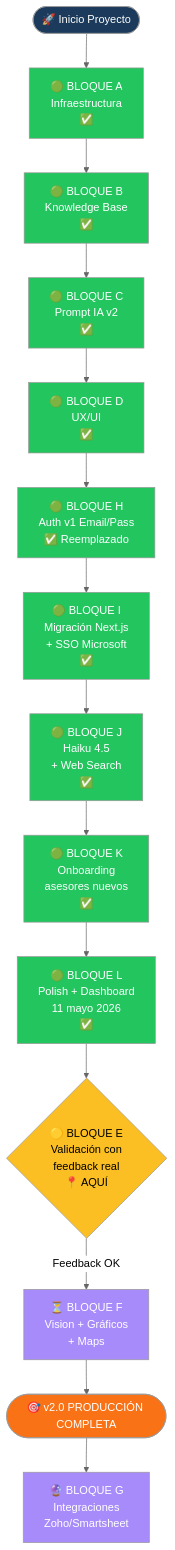
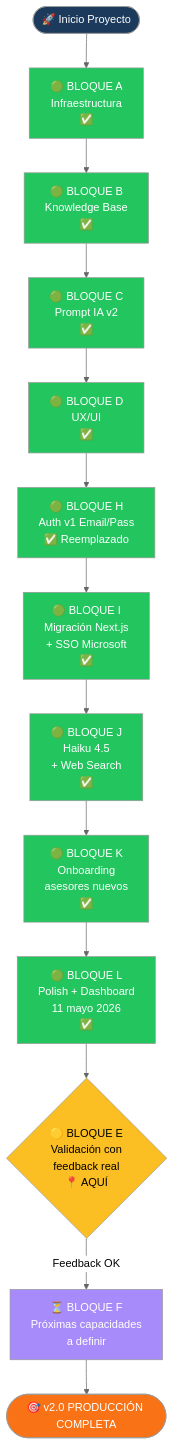
One commit to JnSbstnRivera/WINDMAR-AI-AGENT changed the second of 10 diagrams in ROADMAP.md. Above: the diagram before and after it, drawn with Mermaid (neutral theme). The commit also changed other lines of this file, not shown here.

First line of the commit message:
docs: ROADMAP v4 — cierre del 11 mayo + capacidades futuras en blanco

````diff
--- a/ROADMAP.md
+++ b/ROADMAP.md
@@ -72,32 +66,30 @@
 ```mermaid
 flowchart TD
     Start([🚀 Inicio Proyecto]) --> A
     A[🟢 BLOQUE A<br/>Infraestructura<br/>✅]
     A --> B[🟢 BLOQUE B<br/>Knowledge Base<br/>✅]
     B --> C[🟢 BLOQUE C<br/>Prompt IA v2<br/>✅]
     C --> D[🟢 BLOQUE D<br/>UX/UI<br/>✅]
     D --> H[🟢 BLOQUE H<br/>Auth v1 Email/Pass<br/>✅ Reemplazado]
     H --> I[🟢 BLOQUE I<br/>Migración Next.js<br/>+ SSO Microsoft<br/>✅]
     I --> J[🟢 BLOQUE J<br/>Haiku 4.5<br/>+ Web Search<br/>✅]
     J --> K[🟢 BLOQUE K<br/>Onboarding<br/>asesores nuevos<br/>✅]
     K --> L[🟢 BLOQUE L<br/>Polish + Dashboard<br/>11 mayo 2026<br/>✅]
     L --> E{🟡 BLOQUE E<br/>Validación con<br/>feedback real<br/>📍 AQUÍ}
-    E -->|Feedback OK| F[⏳ BLOQUE F<br/>Vision + Gráficos<br/>+ Maps]
+    E -->|Feedback OK| F[⏳ BLOQUE F<br/>Próximas capacidades<br/>a definir]
     F --> V1([🎯 v2.0 PRODUCCIÓN COMPLETA])
-    V1 --> G[🔮 BLOQUE G<br/>Integraciones<br/>Zoho/Smartsheet]
 
     style A fill:#22c55e,color:#fff
     style B fill:#22c55e,color:#fff
     style C fill:#22c55e,color:#fff
     style D fill:#22c55e,color:#fff
     style H fill:#22c55e,color:#fff
     style I fill:#22c55e,color:#fff
     style J fill:#22c55e,color:#fff
     style K fill:#22c55e,color:#fff
     style L fill:#22c55e,color:#fff
     style E fill:#fbbf24,color:#000
     style F fill:#a78bfa,color:#fff
-    style G fill:#a78bfa,color:#fff
     style V1 fill:#f97316,color:#fff
     style Start fill:#1B3A5C,color:#fff
 ```
````
